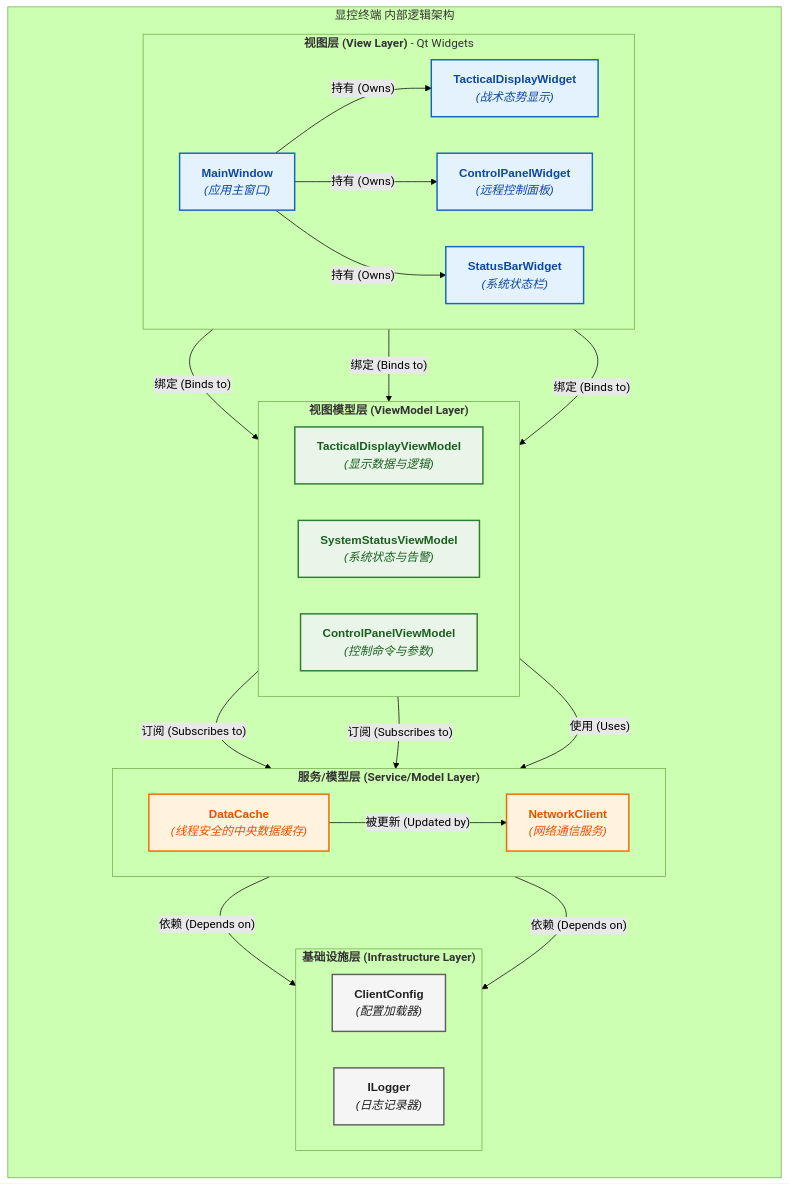
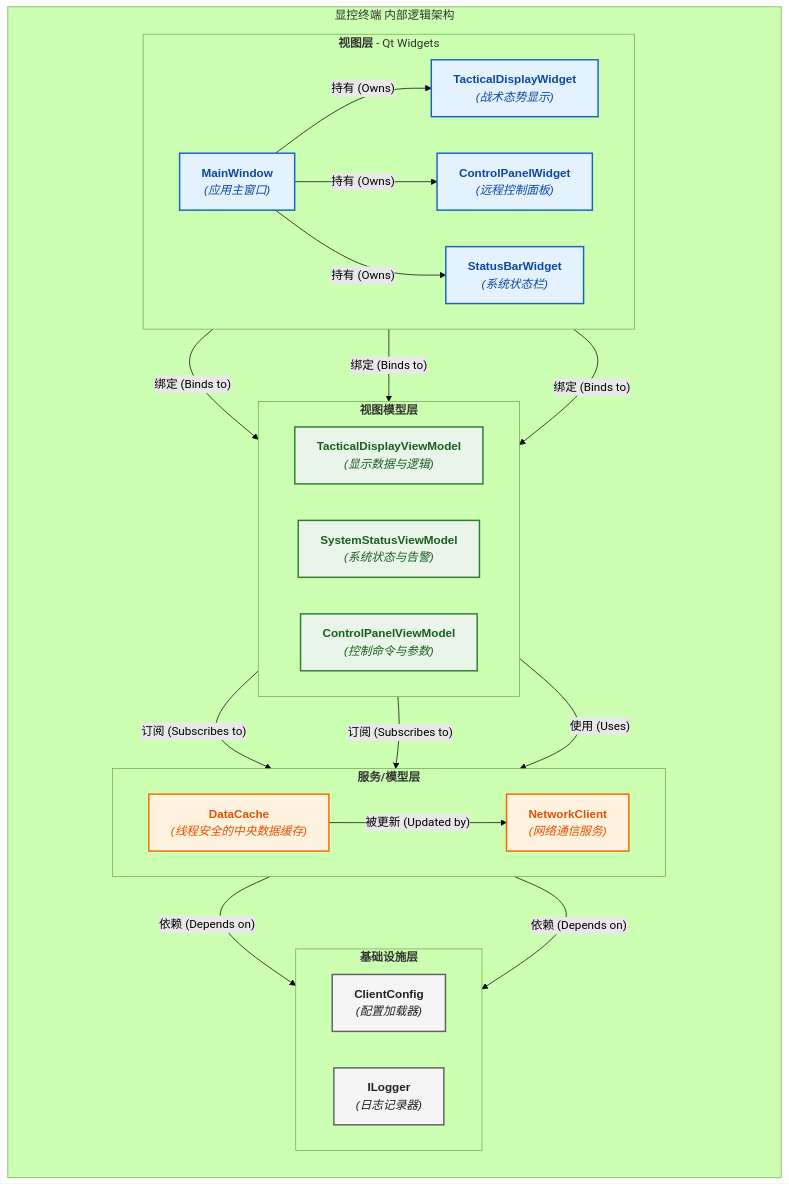
One commit to wendizhou99-cell/Radar changed the second of 8 diagrams in docs/01_项目设计/02_模块设计/09_显控终端应用设计.md. Above: the diagram before and after it, drawn with Mermaid (forest theme). The commit also changed other lines of this file and 8 other files, not shown here.

````diff
--- a/docs/01_项目设计/02_模块设计/09_显控终端应用设计.md
+++ b/docs/01_项目设计/02_模块设计/09_显控终端应用设计.md
@@ -140,58 +164,58 @@
 ```mermaid
 graph TD
     subgraph "显控终端 内部逻辑架构"
         direction TB
 
-        subgraph "<b>视图层 (View Layer)</b> - Qt Widgets"
+        subgraph "<b>视图层</b> - Qt Widgets"
             direction LR
             V_MAIN["<b>MainWindow</b><br/><i>(应用主窗口)</i>"]
             V_DISPLAY["<b>TacticalDisplayWidget</b><br/><i>(战术态势显示)</i>"]
             V_CONTROL["<b>ControlPanelWidget</b><br/><i>(远程控制面板)</i>"]
             V_STATUS["<b>StatusBarWidget</b><br/><i>(系统状态栏)</i>"]
         end
 
-        subgraph "<b>视图模型层 (ViewModel Layer)</b>"
+        subgraph "<b>视图模型层</b>"
             direction LR
             VM_DISPLAY["<b>TacticalDisplayViewModel</b><br/><i>(显示数据与逻辑)</i>"]
             VM_SYSTEM["<b>SystemStatusViewModel</b><br/><i>(系统状态与告警)</i>"]
             VM_CONTROL["<b>ControlPanelViewModel</b><br/><i>(控制命令与参数)</i>"]
         end
 
-        subgraph "<b>服务/模型层 (Service/Model Layer)</b>"
+        subgraph "<b>服务/模型层</b>"
             direction LR
             M_CACHE["<b>DataCache</b><br/><i>(线程安全的中央数据缓存)</i>"]
             S_NETWORK["<b>NetworkClient</b><br/><i>(网络通信服务)</i>"]
         end
 
-        subgraph "<b>基础设施层 (Infrastructure Layer)</b>"
+        subgraph "<b>基础设施层</b>"
             direction LR
             I_CONFIG["<b>ClientConfig</b><br/><i>(配置加载器)</i>"]
             I_LOG["<b>ILogger</b><br/><i>(日志记录器)</i>"]
         end
     end
 
     %% Dependencies
     V_MAIN -- "持有 (Owns)" --> V_DISPLAY & V_CONTROL & V_STATUS
     V_DISPLAY -- "绑定 (Binds to)" --> VM_DISPLAY
     V_CONTROL -- "绑定 (Binds to)" --> VM_CONTROL
     V_STATUS -- "绑定 (Binds to)" --> VM_SYSTEM
 
     VM_DISPLAY -- "订阅 (Subscribes to)" --> M_CACHE
     VM_SYSTEM -- "订阅 (Subscribes to)" --> M_CACHE
     VM_CONTROL -- "使用 (Uses)" --> S_NETWORK
 
     M_CACHE -- "被更新 (Updated by)" --> S_NETWORK
 
     S_NETWORK -- "依赖 (Depends on)" --> I_CONFIG & I_LOG
 
     %% Styling
     classDef view fill:#e3f2fd,stroke:#1565c0,stroke-width:2px,color:#0d47a1,font-family:Arial
     classDef viewmodel fill:#e8f5e8,stroke:#2e7d32,stroke-width:2px,color:#1b5e20,font-family:Arial
     classDef model fill:#fff3e0,stroke:#ef6c00,stroke-width:2px,color:#e65100,font-family:Arial
     classDef infra fill:#f5f5f5,stroke:#616161,stroke-width:2px,color:#212121,font-family:Arial
 
     class V_MAIN,V_DISPLAY,V_CONTROL,V_STATUS view
     class VM_DISPLAY,VM_SYSTEM,VM_CONTROL viewmodel
     class M_CACHE,S_NETWORK model
     class I_CONFIG,I_LOG infra
 ```
````
